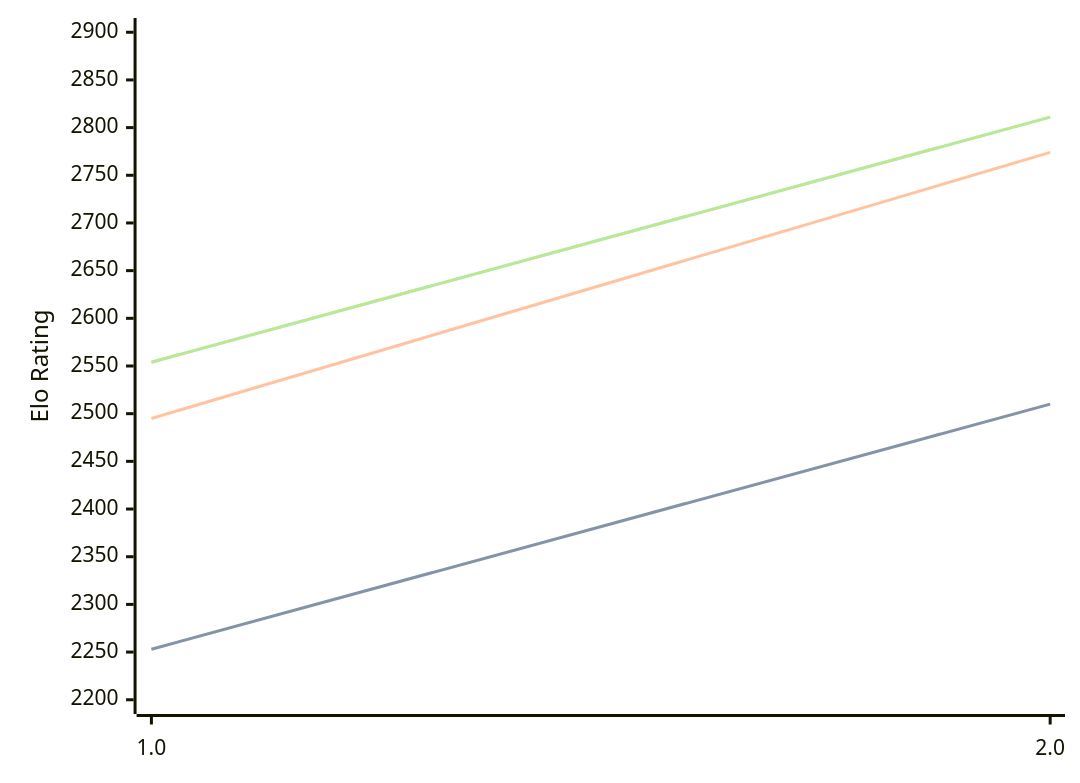
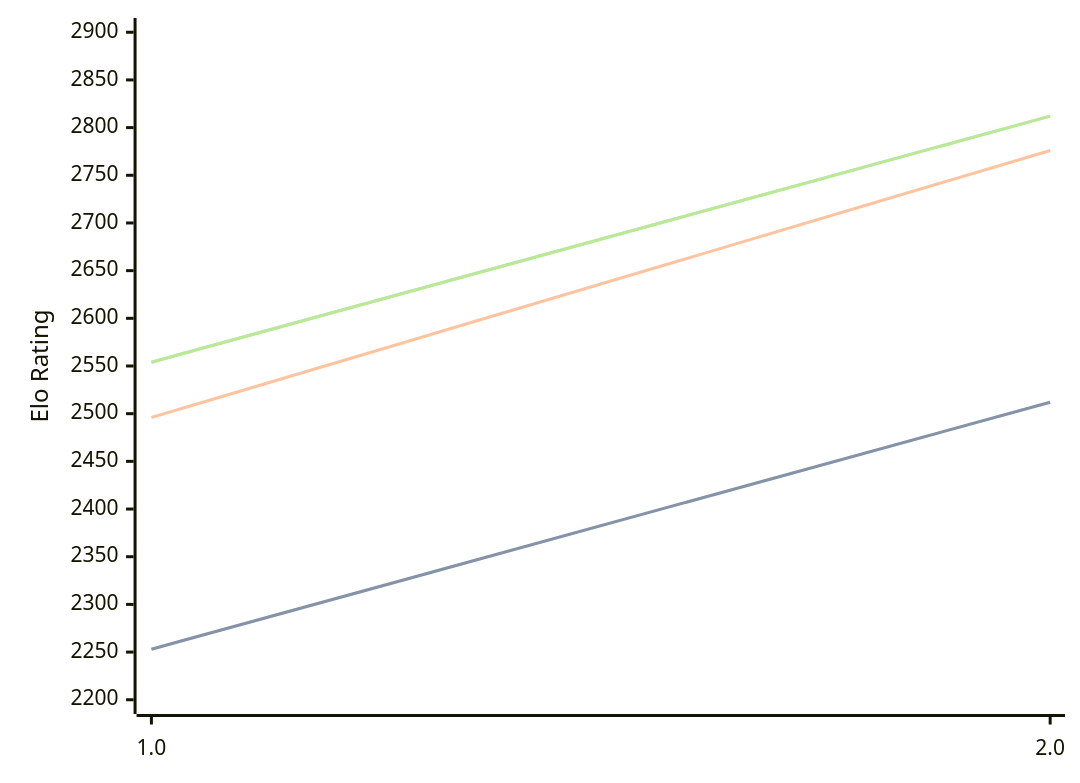
Before and after one commit to computer-chess-index/cci: the diagram in engines/Revolver.md, drawn with Mermaid. The commit also changed other lines of this file, not shown here.

Commit message:
Update CCI Ratings (ELO VLTC) - 2026-05-22

````diff
--- a/engines/Revolver.md
+++ b/engines/Revolver.md
@@ -32,11 +32,11 @@
 ```mermaid
 %%{init: {"theme":"base","themeVariables":{"seriesColors:['#a3a3a3','#222221','#faa371']}}}%%
 xychart-beta
   x-axis ["1.0", "2.0"]
   y-axis "Elo Rating" 2200 --> 2900
-  line "STC (8.0+0.08s)" [2253, 2510]
-  line "STC (8.0+0.08s)" [2253, 2510]
-  line "LTC (60.0+0.60s)" [2495, 2774]
-  line "VLTC (2m24s+1.12s)" [2554, 2811]
-  line "VLTC (2m24s+1.12s)" [2554, 2811]
+  line "STC (8.0+0.08s)" [2253, 2512]
+  line "STC (8.0+0.08s)" [2253, 2512]
+  line "LTC (60.0+0.60s)" [2496, 2776]
+  line "VLTC (2m24s+1.12s)" [2554, 2812]
+  line "VLTC (2m24s+1.12s)" [2554, 2812]
 ```
````
